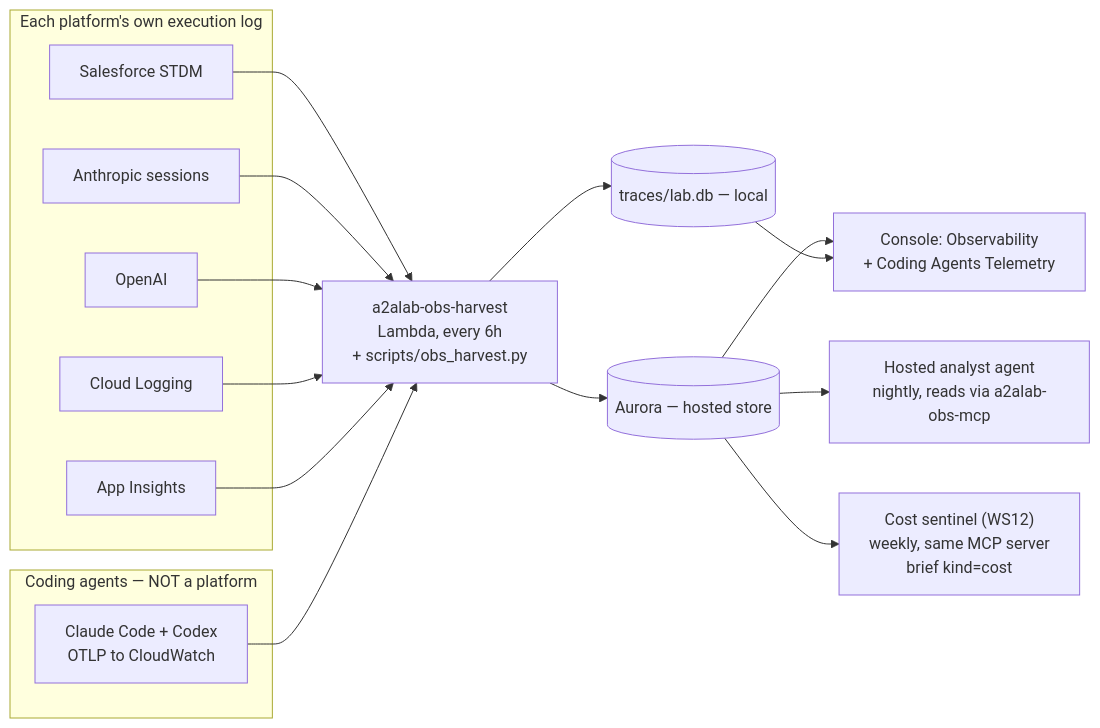
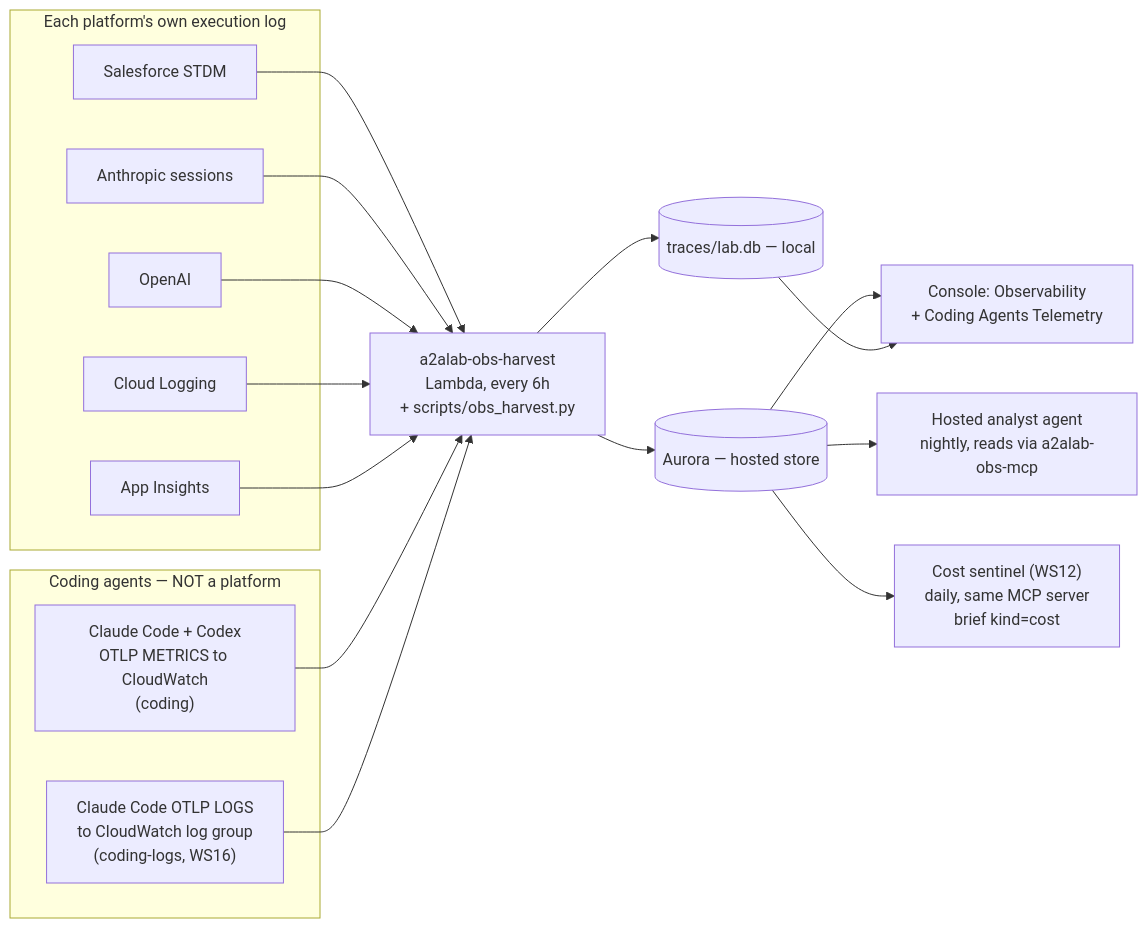
Before and after one commit to congmingwudi/a2a-lab: the seventh of 10 diagrams in plan/09-deployment-map.md, drawn with Mermaid. The commit also changed other lines of this file and 30 other files, not shown here.

````diff
--- a/plan/09-deployment-map.md
+++ b/plan/09-deployment-map.md
@@ -528,26 +535,28 @@
 ```mermaid
 flowchart LR
   subgraph SRC["Each platform's own execution log"]
     S1["Salesforce STDM"]
     S2["Anthropic sessions"]
     S3["OpenAI"]
     S4["Cloud Logging"]
     S5["App Insights"]
   end
   subgraph CODE["Coding agents — NOT a platform"]
-    S6["Claude Code + Codex<br/>OTLP to CloudWatch"]
+    S6["Claude Code + Codex<br/>OTLP METRICS to CloudWatch<br/>(coding)"]
+    S7["Claude Code OTLP LOGS<br/>to CloudWatch log group<br/>(coding-logs, WS16)"]
   end
   HARV2["a2alab-obs-harvest<br/>Lambda, every 6h<br/>+ scripts/obs_harvest.py"]
   S1 --> HARV2
   S2 --> HARV2
   S3 --> HARV2
   S4 --> HARV2
   S5 --> HARV2
   S6 --> HARV2
+  S7 --> HARV2
   HARV2 --> PG[("Aurora — hosted store")]
   HARV2 --> LITE[("traces/lab.db — local")]
   PG --> CONSOLE["Console: Observability<br/>+ Coding Agents Telemetry"]
   LITE --> CONSOLE
   PG --> ANALYST["Hosted analyst agent<br/>nightly, reads via a2alab-obs-mcp"]
-  PG --> SENT["Cost sentinel (WS12)<br/>weekly, same MCP server<br/>brief kind=cost"]
+  PG --> SENT["Cost sentinel (WS12)<br/>daily, same MCP server<br/>brief kind=cost"]
 ```
````
